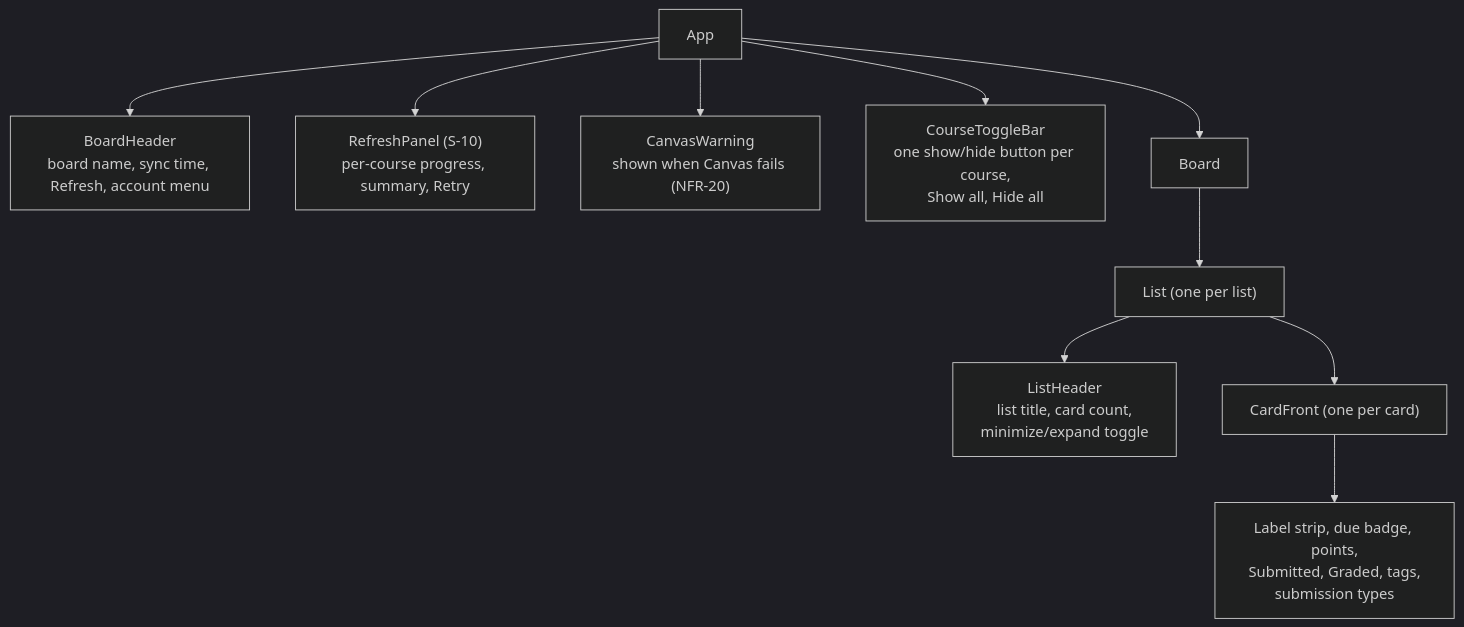
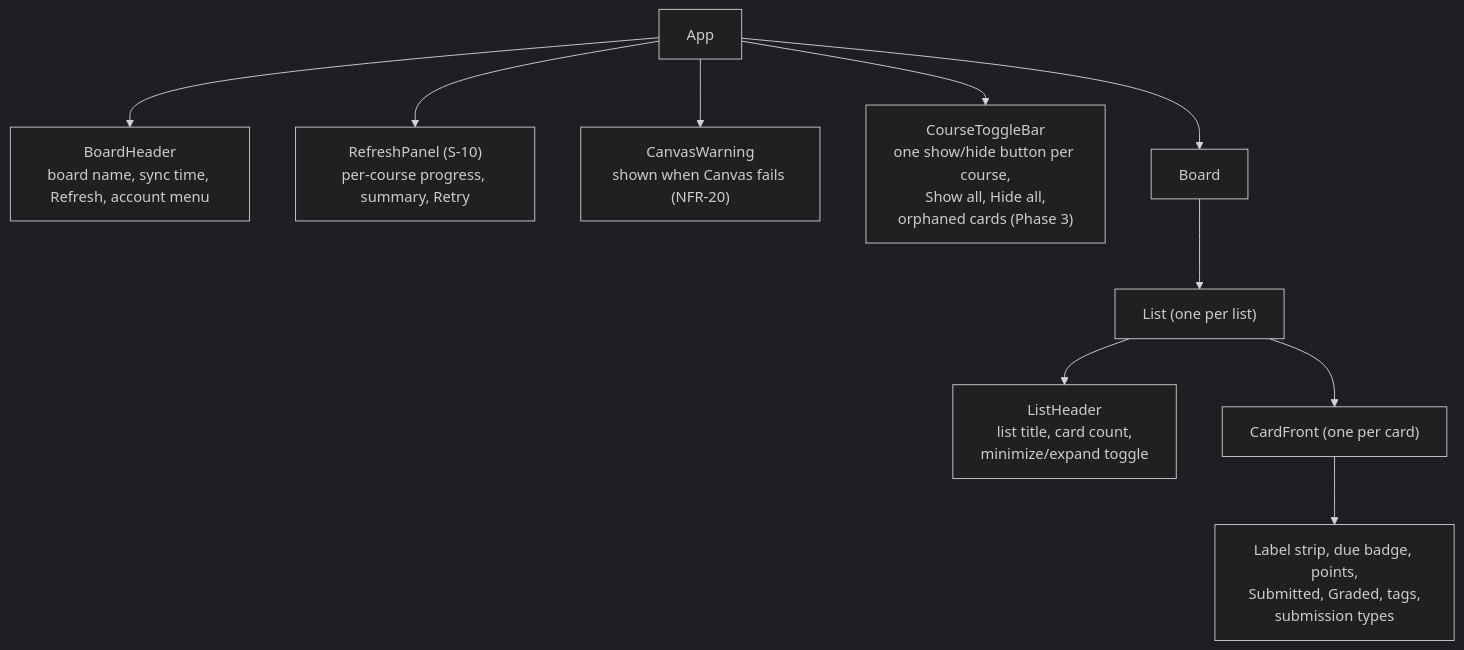
The sixth of 6 diagrams in docs/canvas-portal/03-design.md (bbranton/TestProj), drawn with Mermaid (dark theme) before and after one commit. The commit also changed other lines of this file, not shown here.

First line of the commit message:
Design: orphaned cards from Phase 3 (FR-45)

````diff
--- a/docs/canvas-portal/03-design.md
+++ b/docs/canvas-portal/03-design.md
@@ -668,12 +673,12 @@
 ```mermaid
 flowchart TD
     App --> Header["BoardHeader<br/>board name, sync time, Refresh, account menu"]
     App --> Progress["RefreshPanel (S-10)<br/>per-course progress, summary, Retry"]
     App --> Banner["CanvasWarning<br/>shown when Canvas fails (NFR-20)"]
-    App --> Toggles["CourseToggleBar<br/>one show/hide button per course,<br/>Show all, Hide all"]
+    App --> Toggles["CourseToggleBar<br/>one show/hide button per course,<br/>Show all, Hide all,<br/>orphaned cards (Phase 3)"]
     App --> Board
     Board --> List["List (one per list)"]
     List --> ListHeader["ListHeader<br/>list title, card count,<br/>minimize/expand toggle"]
     List --> Card["CardFront (one per card)"]
     Card --> Badges["Label strip, due badge, points,<br/>Submitted, Graded, tags,<br/>submission types"]
 ```
````
